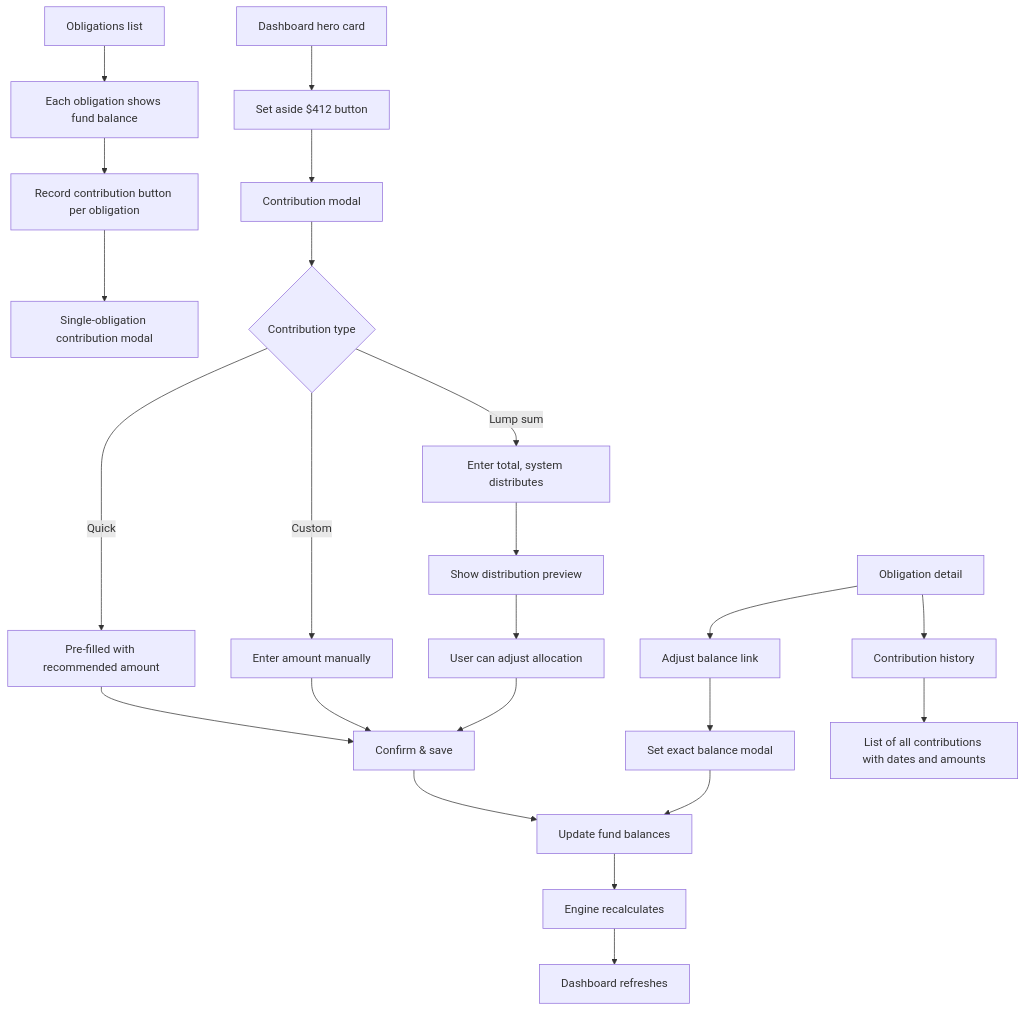
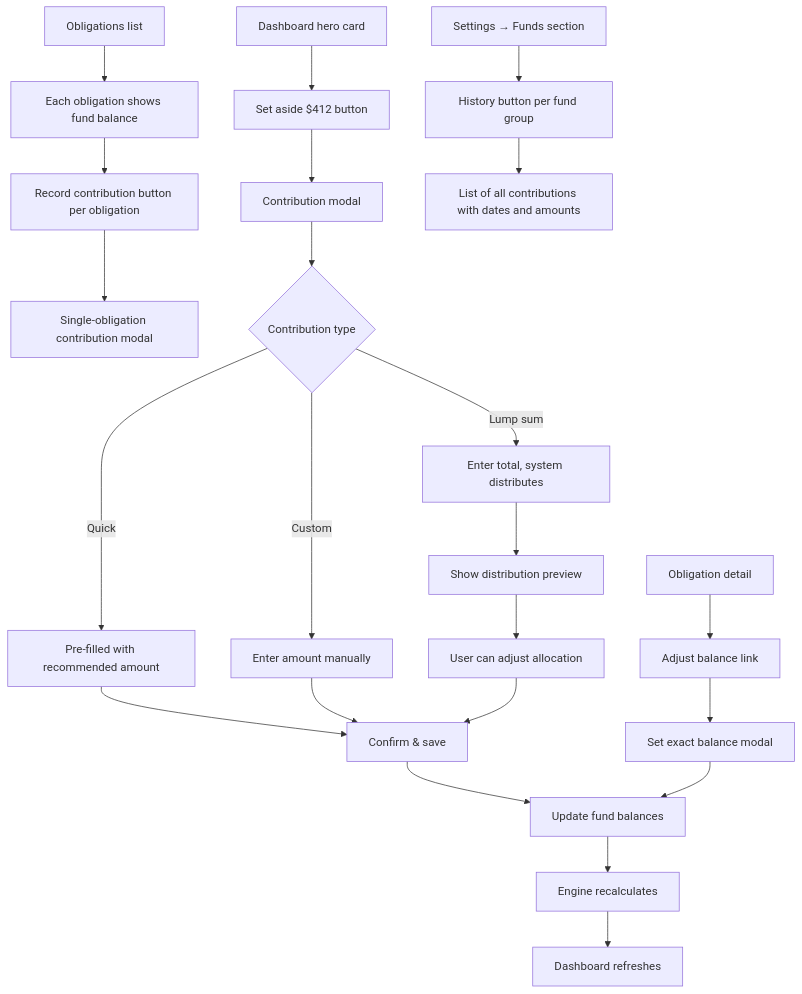
Before and after one commit to bendechrai/budget-tracker: the diagram in specs/14-contributions.md, drawn with Mermaid. The commit also changed other lines of this file and 9 other files, not shown here.

First line of the commit message:
Move contribution history from edit obligation page to Settings → Funds

````diff
--- a/specs/14-contributions.md
+++ b/specs/14-contributions.md
@@ -9,31 +9,31 @@
 ```mermaid
 flowchart TD
     A[Dashboard hero card] --> B["Set aside $412" button]
     B --> C[Contribution modal]
 
     D[Obligations list] --> E[Each obligation shows fund balance]
     E --> F["Record contribution" button per obligation]
     F --> G[Single-obligation contribution modal]
 
     C --> H{Contribution type}
     H -->|Quick| I[Pre-filled with recommended amount]
     H -->|Custom| J[Enter amount manually]
     H -->|Lump sum| K[Enter total, system distributes]
 
     I --> L[Confirm & save]
     J --> L
     K --> M[Show distribution preview]
     M --> N[User can adjust allocation]
     N --> L
 
     L --> O[Update fund balances]
     O --> P[Engine recalculates]
     P --> Q[Dashboard refreshes]
 
     R[Obligation detail] --> S["Adjust balance" link]
     S --> T[Set exact balance modal]
     T --> O
 
-    R --> U[Contribution history]
-    U --> V[List of all contributions with dates and amounts]
+    W[Settings → Funds section] --> X["History" button per fund group]
+    X --> V[List of all contributions with dates and amounts]
 ```
````
